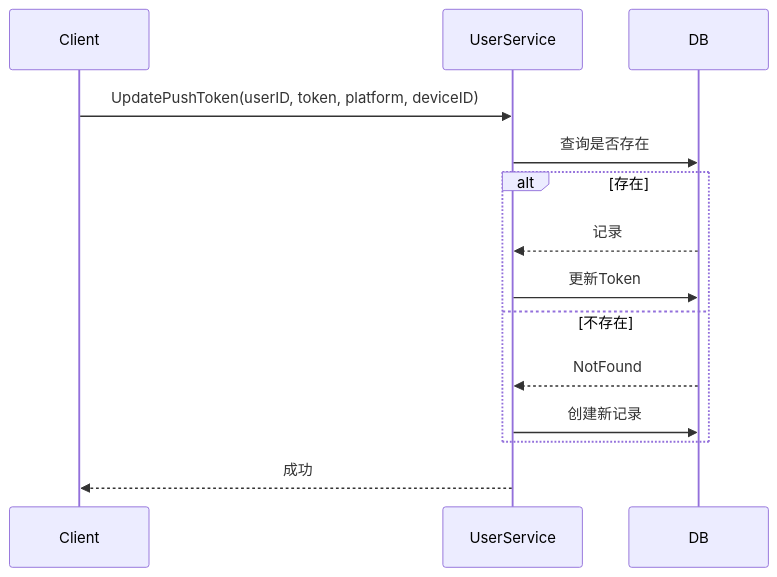
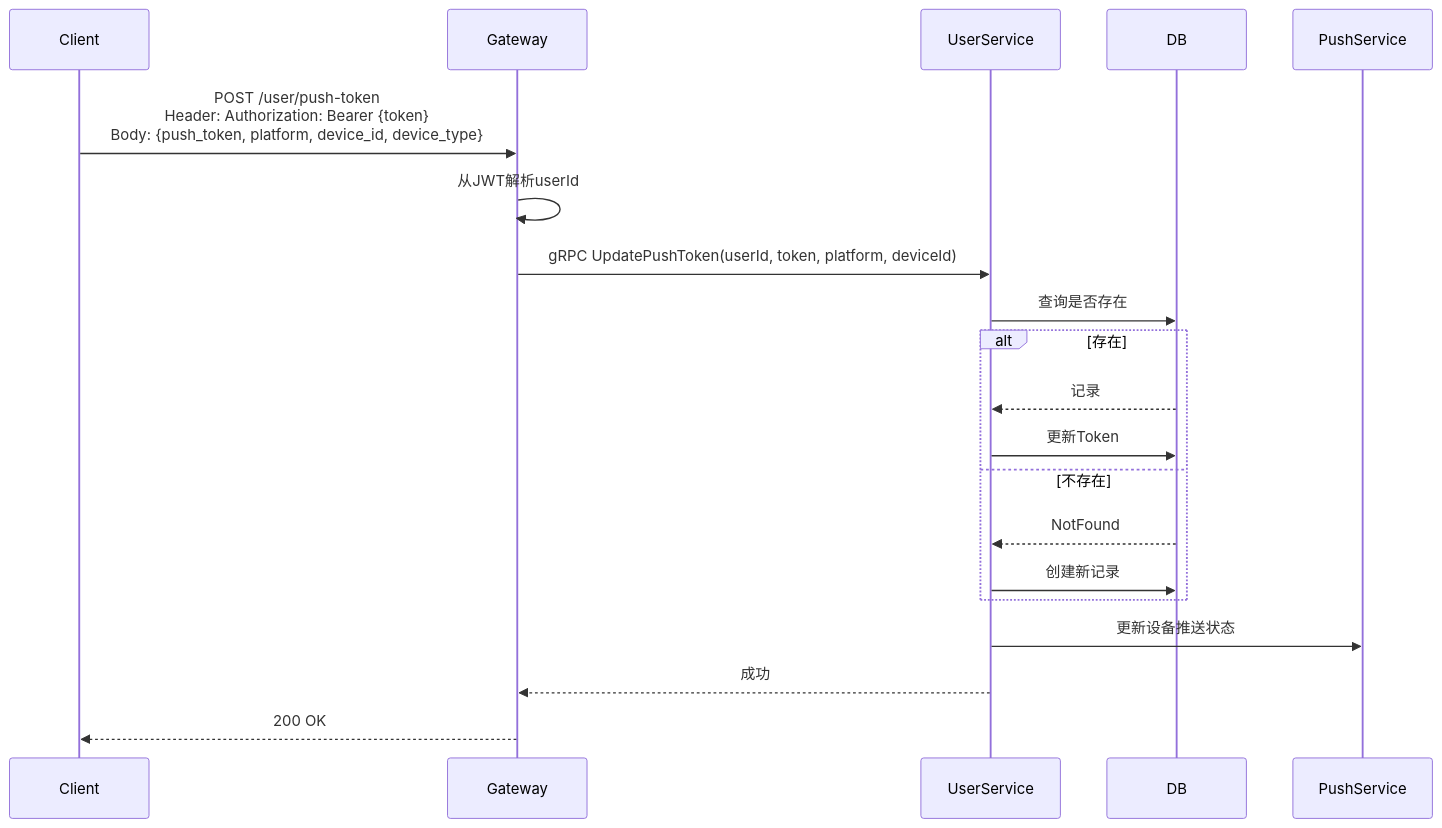
One commit to yzhgit/anychat-server changed the diagram in docs/design/user/push-token.md. Above: the diagram before and after it, drawn with Mermaid. The commit also changed other lines of this file and 30 other files, not shown here.

First line of the commit message:
docs: 更新设计文档时序图，添加Gateway和NATS参与者

````diff
--- a/docs/design/user/push-token.md
+++ b/docs/design/user/push-token.md
@@ -39,17 +39,23 @@
 ```mermaid
 sequenceDiagram
     participant Client
+    participant Gateway
     participant UserService
     participant DB
+    participant PushService
 
-    Client->>UserService: UpdatePushToken(userID, token, platform, deviceID)
+    Client->>Gateway: POST /user/push-token<br/>Header: Authorization: Bearer {token}<br/>Body: {push_token, platform, device_id, device_type}
+    Gateway->>Gateway: 从JWT解析userId
+    Gateway->>UserService: gRPC UpdatePushToken(userId, token, platform, deviceId)
     UserService->>DB: 查询是否存在
     alt 存在
         DB-->>UserService: 记录
         UserService->>DB: 更新Token
     else 不存在
         DB-->>UserService: NotFound
         UserService->>DB: 创建新记录
     end
-    UserService-->>Client: 成功
+    UserService->>PushService: 更新设备推送状态
+    UserService-->>Gateway: 成功
+    Gateway-->>Client: 200 OK
 ```
````
